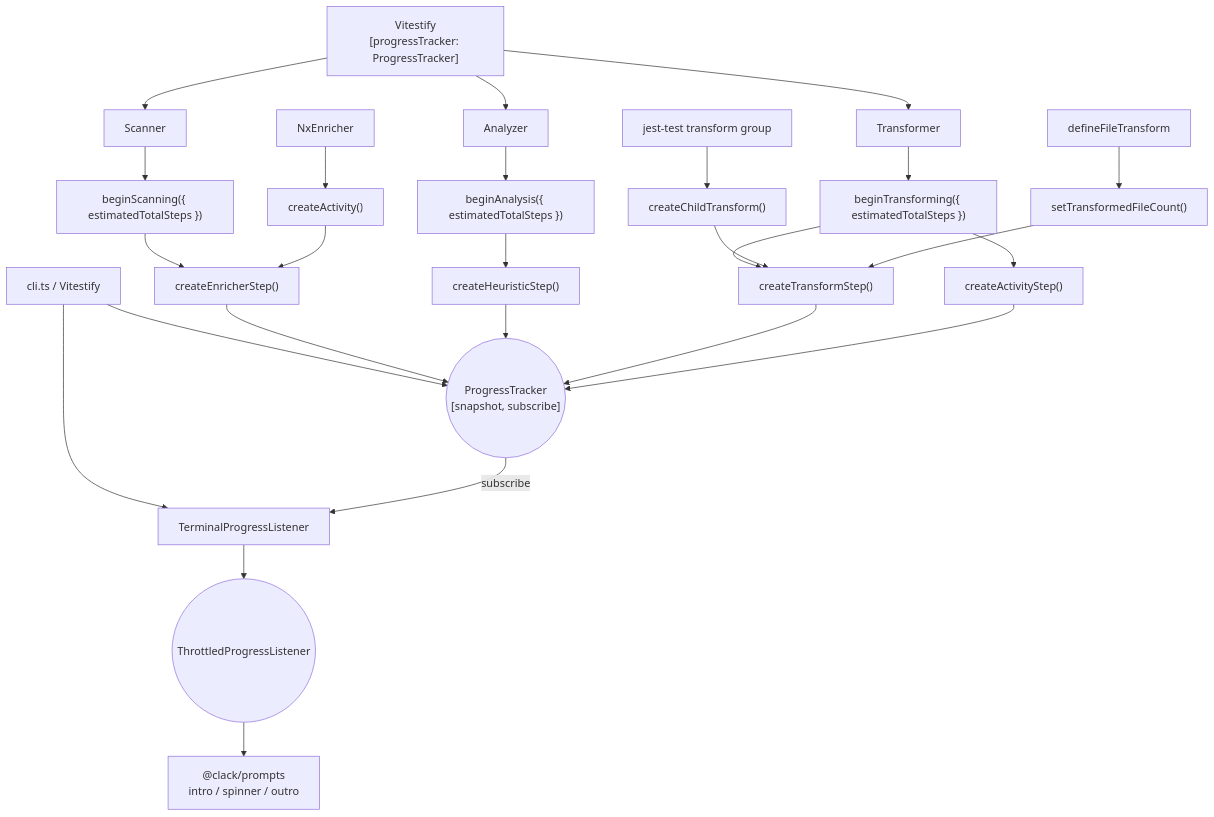
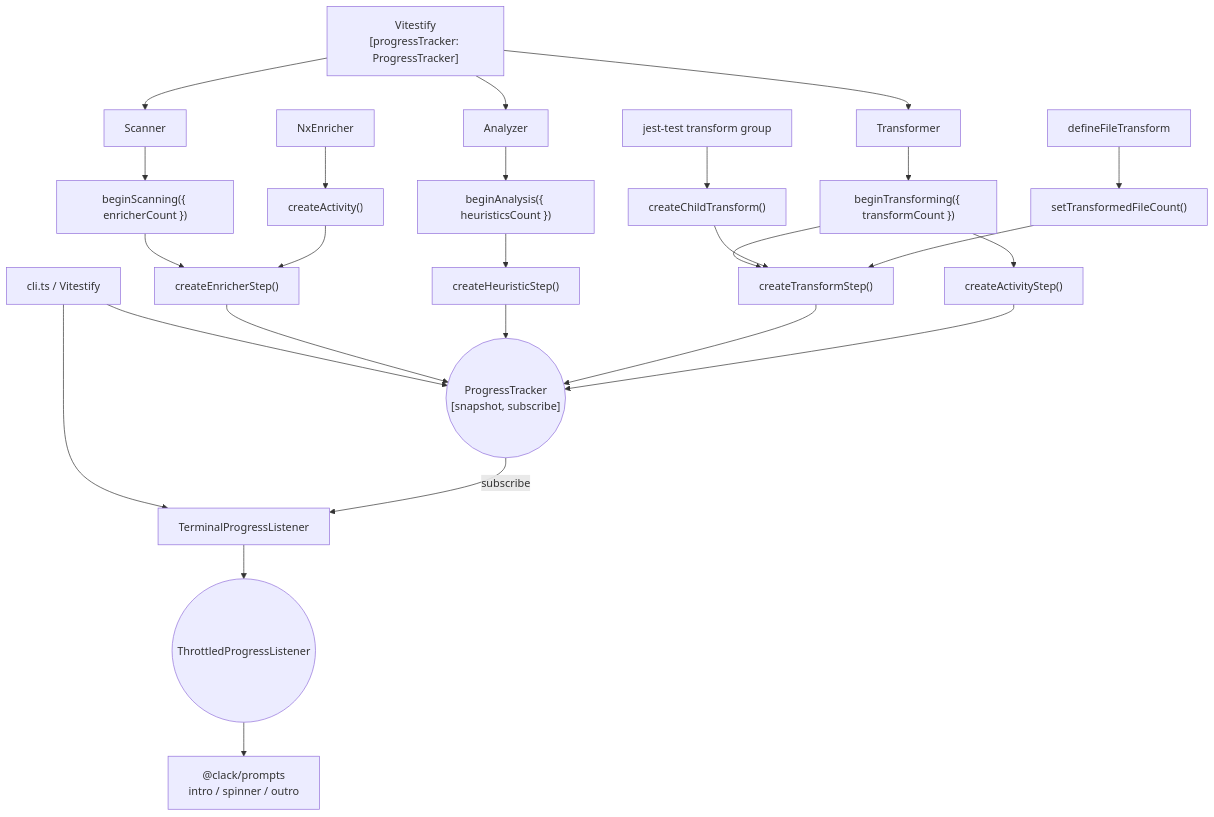
One commit to testmex/testmex changed the first of 2 diagrams in contributing/vitestify/design-docs/004-progress-state-and-reporting.md. Above: the diagram before and after it, drawn with Mermaid. The commit also changed other lines of this file and 1 other file, not shown here.

First line of the commit message:
refactor(vitestify): 🛠️ simplify ProgressTracker phase and step API

````diff
--- a/contributing/vitestify/design-docs/004-progress-state-and-reporting.md
+++ b/contributing/vitestify/design-docs/004-progress-state-and-reporting.md
@@ -308,36 +296,36 @@
 ```mermaid
 flowchart TD
   cli["cli.ts / Vitestify"] --> tracker(("ProgressTracker<br>[snapshot, subscribe]"))
   cli --> terminalListener["TerminalProgressListener"]
   terminalListener --> throttledListener(("ThrottledProgressListener"))
   throttledListener --> clack["@clack/prompts<br>intro / spinner / outro"]
 
   tracker -->|subscribe| terminalListener
 
   vitestify["Vitestify<br>[progressTracker: ProgressTracker]"] --> scanner["Scanner"]
   vitestify --> analyzer["Analyzer"]
   vitestify --> transformer["Transformer"]
 
-  scanner --> scanningPhase["beginScanning({ estimatedTotalSteps })"]
-  analyzer --> analysisPhase["beginAnalysis({ estimatedTotalSteps })"]
-  transformer --> transformingPhase["beginTransforming({ estimatedTotalSteps })"]
+  scanner --> scanningPhase["beginScanning({ enricherCount })"]
+  analyzer --> analysisPhase["beginAnalysis({ heuristicsCount })"]
+  transformer --> transformingPhase["beginTransforming({ transformCount })"]
 
   scanningPhase --> enricherStep["createEnricherStep()"]
   analysisPhase --> heuristicStep["createHeuristicStep()"]
   transformingPhase --> transformStep["createTransformStep()"]
   transformingPhase --> activityStep["createActivityStep()"]
 
   enricherStep --> tracker
   heuristicStep --> tracker
   transformStep --> tracker
   activityStep --> tracker
 
   nxEnricher["NxEnricher"] --> enricherActivity["createActivity()"]
   enricherActivity --> enricherStep
 
   jestTest["jest-test transform group"] --> childTransform["createChildTransform()"]
   childTransform --> transformStep
 
   defineFileTransform["defineFileTransform"] --> setCount["setTransformedFileCount()"]
   setCount --> transformStep
 ```
````
